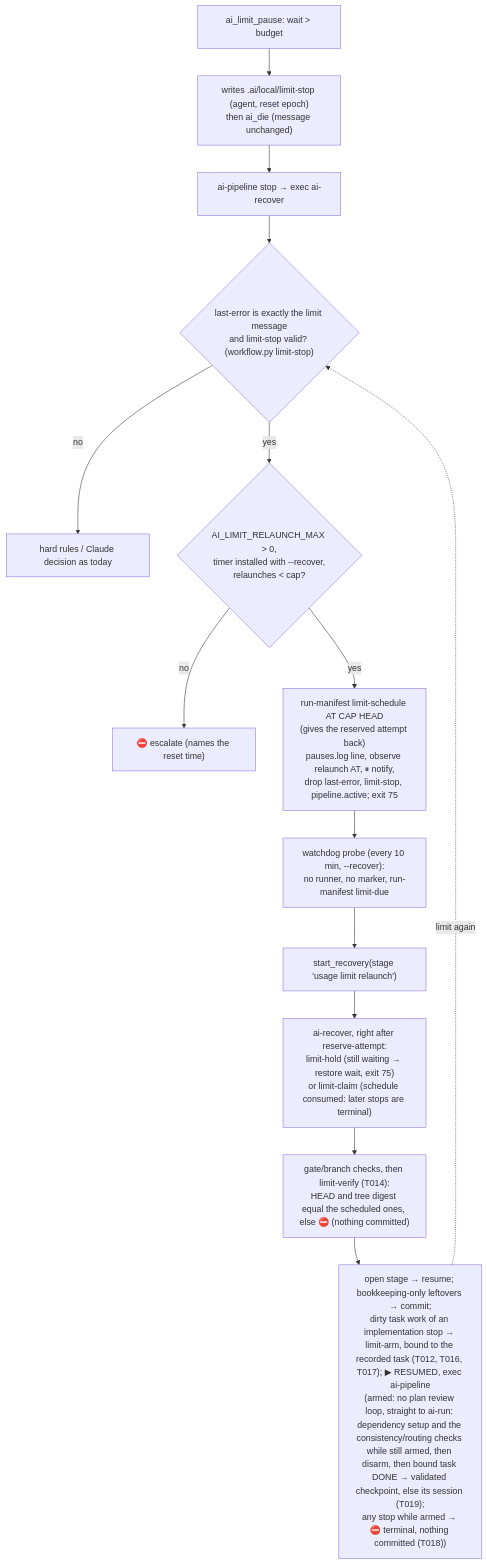
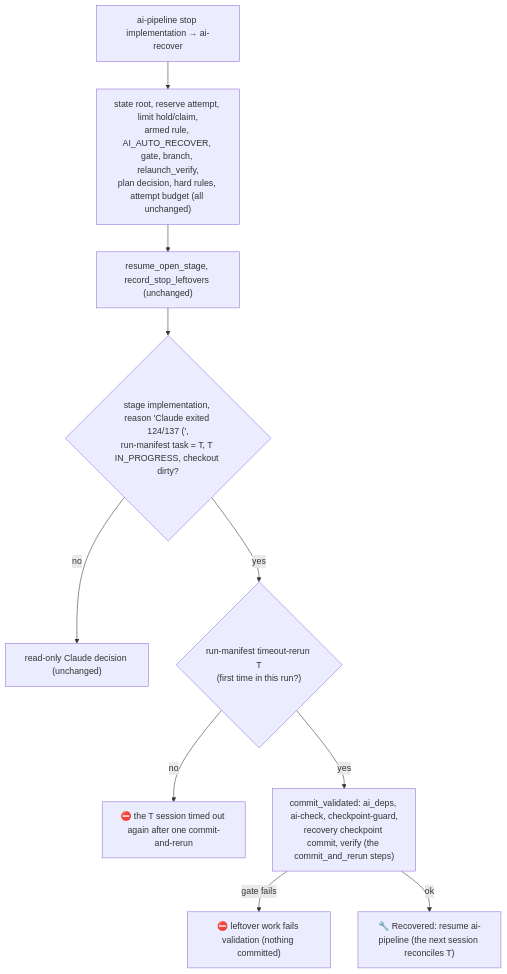
The second of 2 diagrams in .ai/current-plan.md (Muf454/agents), drawn with Mermaid before and after one commit. The commit also changed other lines of this file and 5 other files, not shown here.

````diff
--- a/.ai/current-plan.md
+++ b/.ai/current-plan.md
@@ -13,16 +40,12 @@
 ```mermaid
 flowchart TD
-  pause["ai_limit_pause: wait > budget"] --> rec["writes .ai/local/limit-stop (agent, reset epoch)<br/>then ai_die (message unchanged)"]
-  rec --> stop["ai-pipeline stop → exec ai-recover"]
-  stop --> only{"last-error is exactly the limit message<br/>and limit-stop valid? (workflow.py limit-stop)"}
-  only -- no --> rules["hard rules / Claude decision as today"]
-  only -- yes --> cap{"AI_LIMIT_RELAUNCH_MAX > 0,<br/>timer installed with --recover,<br/>relaunches < cap?"}
-  cap -- no --> esc["⛔ escalate (names the reset time)"]
-  cap -- yes --> sched["run-manifest limit-schedule AT CAP HEAD<br/>(gives the reserved attempt back)<br/>pauses.log line, observe relaunch AT, ⏸ notify,<br/>drop last-error, limit-stop, pipeline.active; exit 75"]
-  sched --> probe["watchdog probe (every 10 min, --recover):<br/>no runner, no marker, run-manifest limit-due"]
-  probe --> launch["start_recovery(stage 'usage limit relaunch')"]
-  launch --> claim["ai-recover, right after reserve-attempt:<br/>limit-hold (still waiting → restore wait, exit 75)<br/>or limit-claim (schedule consumed: later stops are terminal)"]
-  claim --> verify["gate/branch checks, then limit-verify (T014):<br/>HEAD and tree digest equal the scheduled ones, else ⛔ (nothing committed)"]
-  verify --> due["open stage → resume; bookkeeping-only leftovers → commit;<br/>dirty task work of an implementation stop → limit-arm, bound to the recorded task (T012, T016, T017); ▶ RESUMED, exec ai-pipeline<br/>(armed: no plan review loop, straight to ai-run: dependency setup and the consistency/routing checks while still armed, then disarm, then bound task DONE → validated checkpoint, else its session (T019);<br/>any stop while armed → ⛔ terminal, nothing committed (T018))"]
-  due -. "limit again" .-> only
+  stop["ai-pipeline stop implementation → ai-recover"] --> pre["state root, reserve attempt, limit hold/claim,<br/>armed rule, AI_AUTO_RECOVER, gate, branch, relaunch_verify,<br/>plan decision, hard rules, attempt budget (all unchanged)"]
+  pre --> lo["resume_open_stage, record_stop_leftovers (unchanged)"]
+  lo --> to{"stage implementation, reason 'Claude exited 124/137 (',<br/>run-manifest task = T, T IN_PROGRESS, checkout dirty?"}
+  to -- no --> dec["read-only Claude decision (unchanged)"]
+  to -- yes --> once{"run-manifest timeout-rerun T<br/>(first time in this run?)"}
+  once -- no --> esc["⛔ the T session timed out again after one commit-and-rerun"]
+  once -- yes --> cv["commit_validated: ai_deps, ai-check, checkpoint-guard,<br/>recovery checkpoint commit, verify (the commit_and_rerun steps)"]
+  cv -- gate fails --> esc2["⛔ leftover work fails validation (nothing committed)"]
+  cv -- ok --> res["🔧 Recovered: resume ai-pipeline (the next session reconciles T)"]
 ```
````
